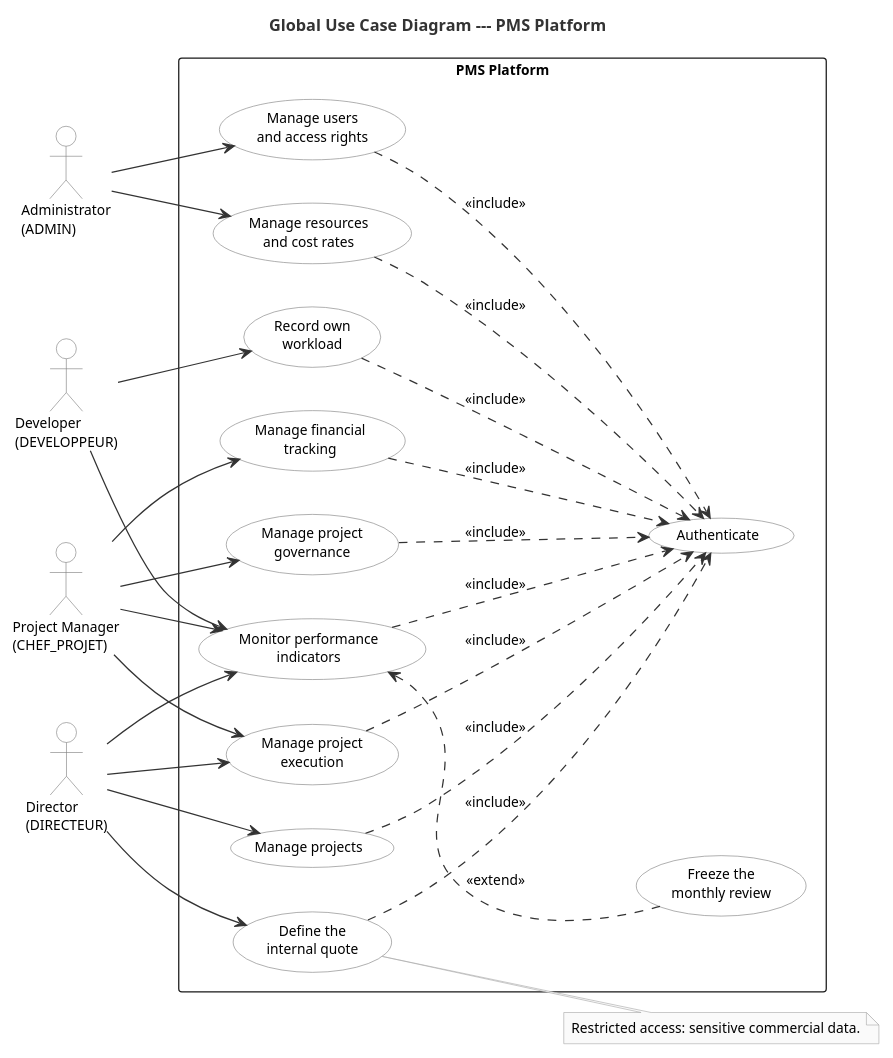
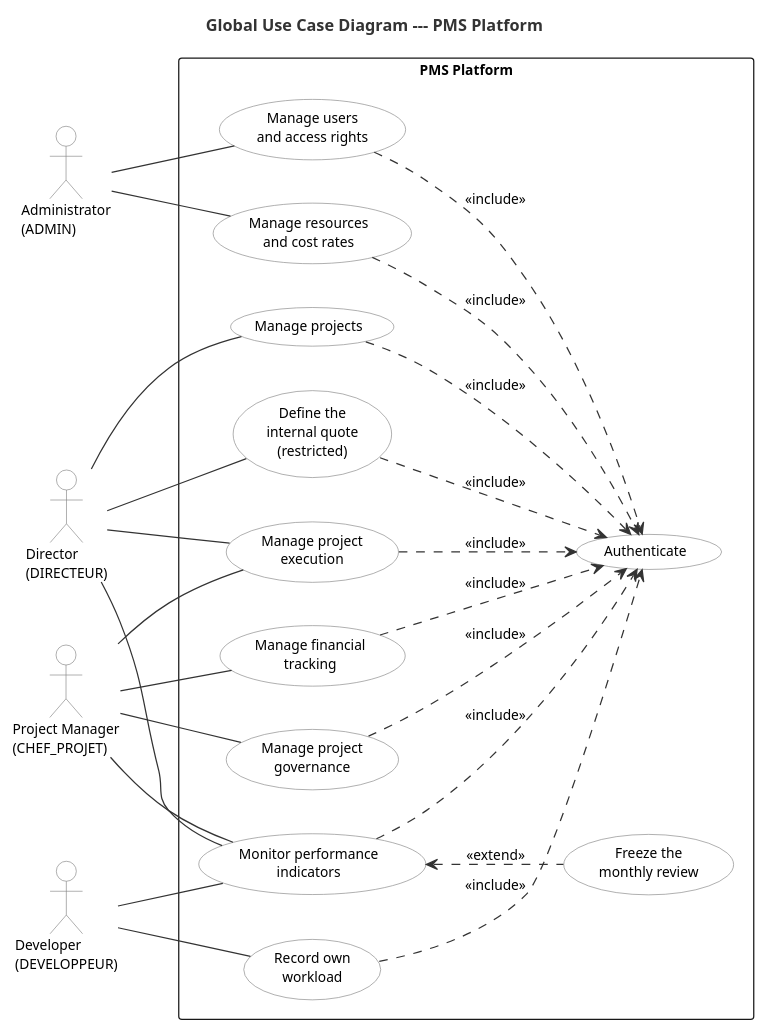
One commit to mazenrakrouki/tekup-pms-platform changed the diagram in docs/uml/01-use-case.puml. Above: the diagram before and after it, drawn with PlantUML. The commit also changed 23 other files, not shown here.

```diff
--- a/docs/uml/01-use-case.puml
+++ b/docs/uml/01-use-case.puml
@@ -1,73 +1,67 @@
 @startuml use_case
 title Global Use Case Diagram --- PMS Platform
 
 left to right direction
 
 skinparam shadowing false
 skinparam packageStyle rectangle
 skinparam defaultFontName Helvetica
 skinparam defaultFontSize 11
 skinparam actorBorderColor #808080
 skinparam actorBackgroundColor #FFFFFF
 skinparam usecaseBorderColor #808080
 skinparam usecaseBackgroundColor #FFFFFF
 skinparam ArrowColor #333333
 skinparam noteBorderColor #AAAAAA
 skinparam noteBackgroundColor #FAFAFA
 skinparam TitleFontSize 13
 skinparam TitleFontColor #333333
 
 actor "Administrator\n(ADMIN)"         as Admin
 actor "Director\n(DIRECTEUR)"          as Dir
 actor "Project Manager\n(CHEF_PROJET)" as PM
 actor "Developer\n(DEVELOPPEUR)"       as Dev
 
 rectangle "PMS Platform" {
 
   usecase "Manage users\nand access rights"     as UC1
   usecase "Manage resources\nand cost rates"    as UC2
   usecase "Manage projects"                     as UC3
-  usecase "Define the\ninternal quote"          as UC4
+  usecase "Define the\ninternal quote\n(restricted)"          as UC4
   usecase "Manage project\nexecution"           as UC5
   usecase "Record own\nworkload"                as UC6
   usecase "Manage financial\ntracking"          as UC7
   usecase "Manage project\ngovernance"          as UC8
   usecase "Monitor performance\nindicators"     as UC9
 
   usecase "Freeze the\nmonthly review"          as UC10
   usecase "Authenticate"                        as AUTH
 }
 
-Admin --> UC1
-Admin --> UC2
+Admin -- UC1
+Admin -- UC2
 
-Dir --> UC3
-Dir --> UC4
-Dir --> UC5
-Dir --> UC9
+Dir -- UC3
+Dir -- UC4
+Dir -- UC5
+Dir -- UC9
 
-PM  --> UC5
-PM  --> UC7
-PM  --> UC8
-PM  --> UC9
+PM  -- UC5
+PM  -- UC7
+PM  -- UC8
+PM  -- UC9
 
-Dev --> UC6
-Dev --> UC9
+Dev -- UC6
+Dev -- UC9
 
 UC1 ..> AUTH : <<include>>
 UC2 ..> AUTH : <<include>>
 UC3 ..> AUTH : <<include>>
 UC4 ..> AUTH : <<include>>
 UC5 ..> AUTH : <<include>>
 UC6 ..> AUTH : <<include>>
 UC7 ..> AUTH : <<include>>
 UC8 ..> AUTH : <<include>>
 UC9 ..> AUTH : <<include>>
-
 UC9 <.. UC10 : <<extend>>
-
-note right of UC4
-  Restricted access: sensitive commercial data.
-end note
-
 @enduml
```
